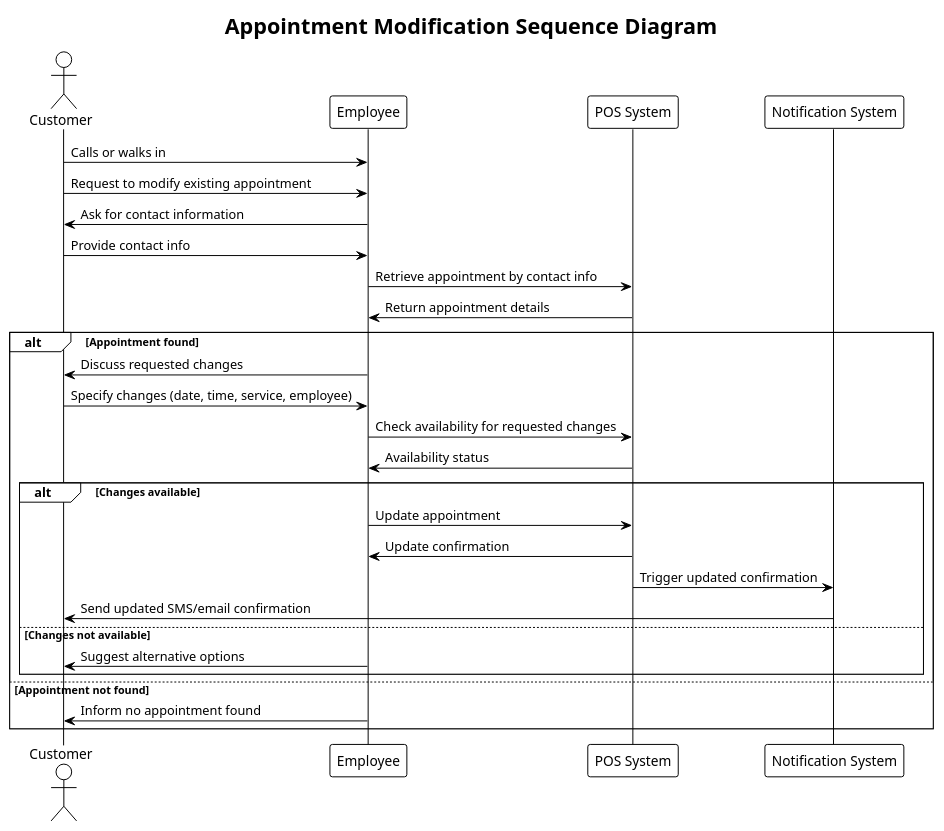
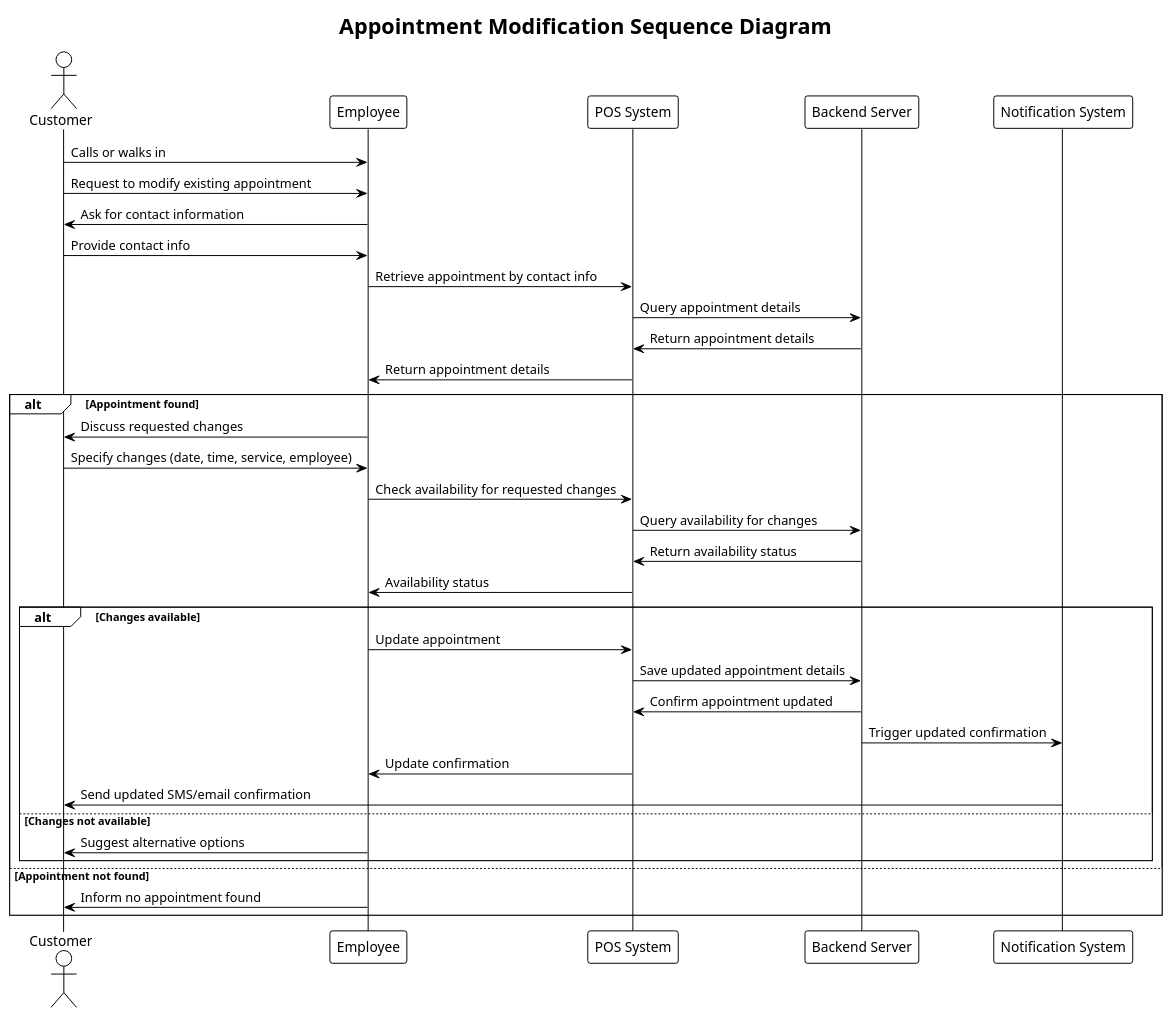
The diagram in docs/ps-design/design-document/diagrams/services/appointment_modification_sequence.puml (user5427/ps-design), drawn with PlantUML before and after one commit. The commit also changed 4 other files, not shown here.

Commit message:
Enhance appointment management diagrams with backend interactions and detailed processes

```diff
--- a/docs/ps-design/design-document/diagrams/services/appointment_modification_sequence.puml
+++ b/docs/ps-design/design-document/diagrams/services/appointment_modification_sequence.puml
@@ -1,35 +1,42 @@
 @startuml appointment_modification_sequence
 !theme plain
 title Appointment Modification Sequence Diagram
 
 actor Customer
 participant Employee
 participant "POS System" as POS
+participant "Backend Server" as Backend
 participant "Notification System" as Notification
 
 Customer -> Employee: Calls or walks in
 Customer -> Employee: Request to modify existing appointment
 Employee -> Customer: Ask for contact information
 Customer -> Employee: Provide contact info
 Employee -> POS: Retrieve appointment by contact info
+POS -> Backend: Query appointment details
+Backend -> POS: Return appointment details
 POS -> Employee: Return appointment details
 
 alt Appointment found
   Employee -> Customer: Discuss requested changes
   Customer -> Employee: Specify changes (date, time, service, employee)
   Employee -> POS: Check availability for requested changes
+  POS -> Backend: Query availability for changes
+  Backend -> POS: Return availability status
   POS -> Employee: Availability status
   
   alt Changes available
     Employee -> POS: Update appointment
+    POS -> Backend: Save updated appointment details
+    Backend -> POS: Confirm appointment updated
+    Backend -> Notification: Trigger updated confirmation
     POS -> Employee: Update confirmation
-    POS -> Notification: Trigger updated confirmation
     Notification -> Customer: Send updated SMS/email confirmation
   else Changes not available
     Employee -> Customer: Suggest alternative options
   end
 else Appointment not found
   Employee -> Customer: Inform no appointment found
 end
 
 @enduml
```
